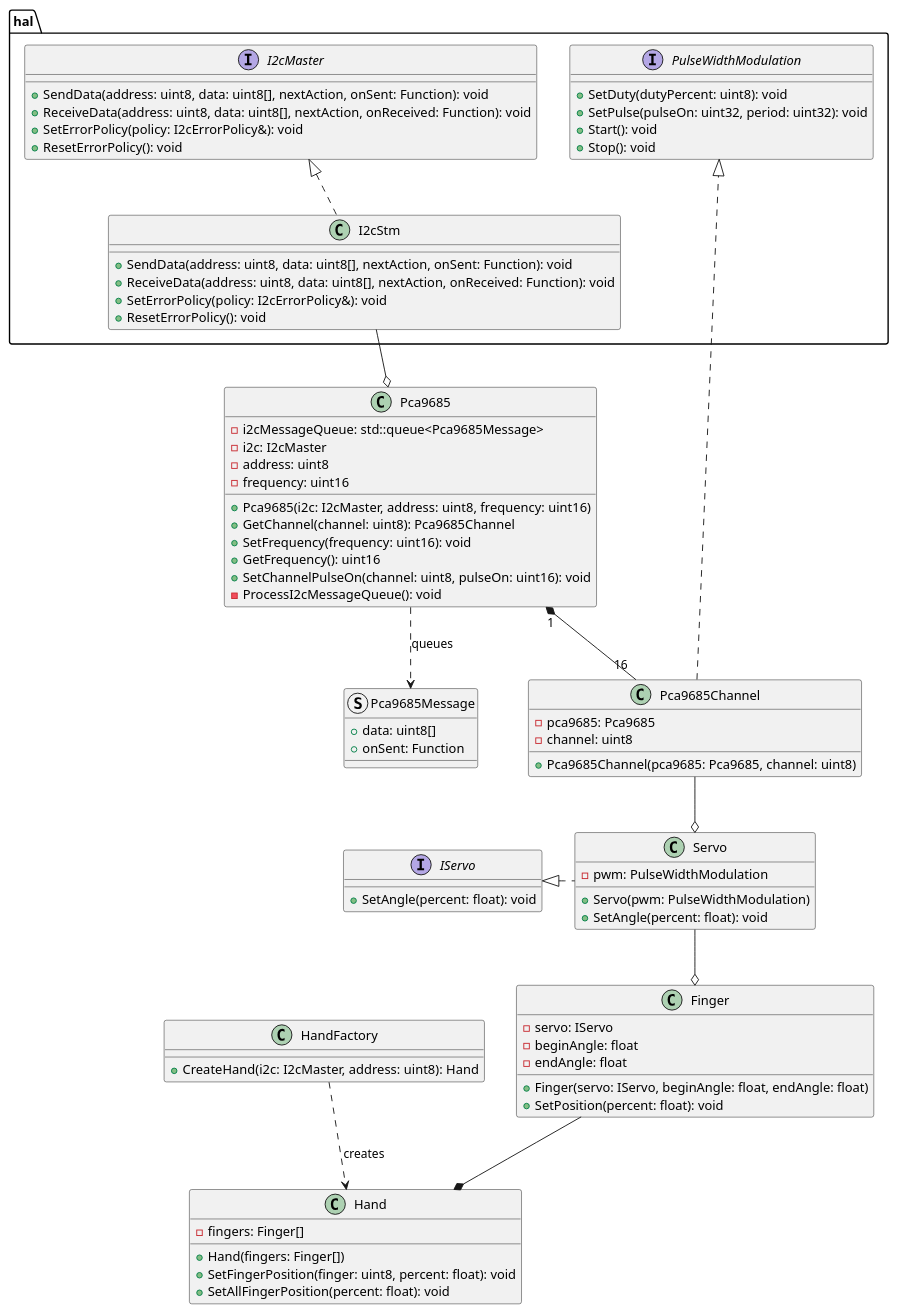
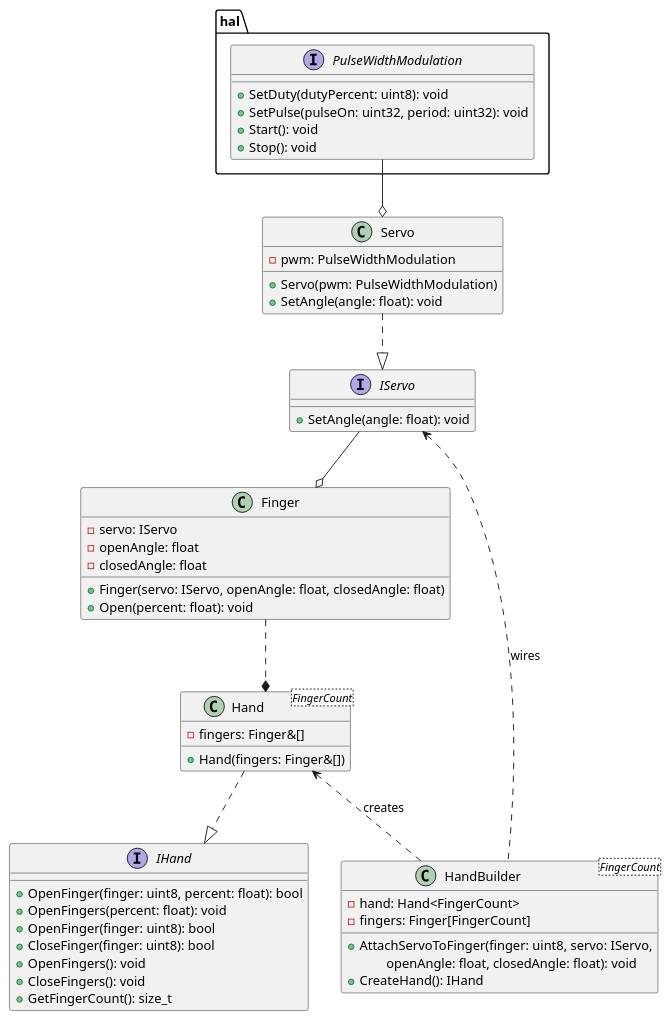
Before and after one commit to damyvv/bionic-hand: the diagram in design.plantuml, drawn with PlantUML. The commit also changed 3 other files, not shown here.

Commit message:
Updated diagrams

```diff
--- a/design.plantuml
+++ b/design.plantuml
@@ -1,92 +1,60 @@
 @startuml
-
 package hal {
     interface PulseWidthModulation {
         +SetDuty(dutyPercent: uint8): void
         +SetPulse(pulseOn: uint32, period: uint32): void
         +Start(): void
         +Stop(): void
     }
-
-    interface I2cMaster {
-        +SendData(address: uint8, data: uint8[], nextAction, onSent: Function): void
-        +ReceiveData(address: uint8, data: uint8[], nextAction, onReceived: Function): void
-        +SetErrorPolicy(policy: I2cErrorPolicy&): void
-        +ResetErrorPolicy(): void        
-    }
-
-    class I2cStm {
-        +SendData(address: uint8, data: uint8[], nextAction, onSent: Function): void
-        +ReceiveData(address: uint8, data: uint8[], nextAction, onReceived: Function): void
-        +SetErrorPolicy(policy: I2cErrorPolicy&): void
-        +ResetErrorPolicy(): void
-    }
-
-    I2cMaster <|.. I2cStm
 }
 
-struct Pca9685Message {
-    +data: uint8[]
-    +onSent: Function
+interface IServo {
+    +SetAngle(angle: float): void
 }
-
-class Pca9685 {
-    -i2cMessageQueue: std::queue<Pca9685Message>
-    -i2c: I2cMaster
-    -address: uint8
-    -frequency: uint16
-    +Pca9685(i2c: I2cMaster, address: uint8, frequency: uint16)
-    +GetChannel(channel: uint8): Pca9685Channel
-    +SetFrequency(frequency: uint16): void
-    +GetFrequency(): uint16
-    +SetChannelPulseOn(channel: uint8, pulseOn: uint16): void
-    -ProcessI2cMessageQueue(): void
-}
-
-class Pca9685Channel {
-    -pca9685: Pca9685
-    -channel: uint8
-    +Pca9685Channel(pca9685: Pca9685, channel: uint8)
-}
-
-Pca9685 "1" *-- "16" Pca9685Channel
-I2cStm --o Pca9685
-Pca9685Channel ..|> PulseWidthModulation
 
 class Servo {
     -pwm: PulseWidthModulation
     +Servo(pwm: PulseWidthModulation)
-    +SetAngle(percent: float): void
-}
-
-interface IServo {
-    +SetAngle(percent: float): void
+    +SetAngle(angle: float): void
 }
 
 class Finger {
     -servo: IServo
-    -beginAngle: float
-    -endAngle: float
-    +Finger(servo: IServo, beginAngle: float, endAngle: float)
-    +SetPosition(percent: float): void
+    -openAngle: float
+    -closedAngle: float
+    +Finger(servo: IServo, openAngle: float, closedAngle: float)
+    +Open(percent: float): void
 }
 
-class Hand {
-    -fingers: Finger[]
-    +Hand(fingers: Finger[])
-    +SetFingerPosition(finger: uint8, percent: float): void
-    +SetAllFingerPosition(percent: float): void
+interface IHand {
+    +OpenFinger(finger: uint8, percent: float): bool
+    +OpenFingers(percent: float): void
+    +OpenFinger(finger: uint8): bool
+    +CloseFinger(finger: uint8): bool
+    +OpenFingers(): void
+    +CloseFingers(): void
+    +GetFingerCount(): size_t
 }
 
-class HandFactory {
-    +CreateHand(i2c: I2cMaster, address: uint8): Hand
+class Hand<FingerCount> {
+    -fingers: Finger&[]
+    +Hand(fingers: Finger&[])
 }
 
-Pca9685 ..> Pca9685Message : queues
-Pca9685Channel --o Servo
-Servo .l.|> IServo
-Servo --o Finger
-Finger --* Hand
-HandFactory ..> Hand : creates
+class HandBuilder<FingerCount> {
+    -hand: Hand<FingerCount>
+    -fingers: Finger[FingerCount]
+    +AttachServoToFinger(finger: uint8, servo: IServo,
+    \topenAngle: float, closedAngle: float): void
+    +CreateHand(): IHand
+}
+
+PulseWidthModulation --o Servo
+Servo ..|> IServo
+IServo --o Finger
+Finger ..* Hand
+Hand ..|> IHand
+HandBuilder .u.> Hand : creates
+HandBuilder .u.> IServo : wires
 
 @enduml
```
